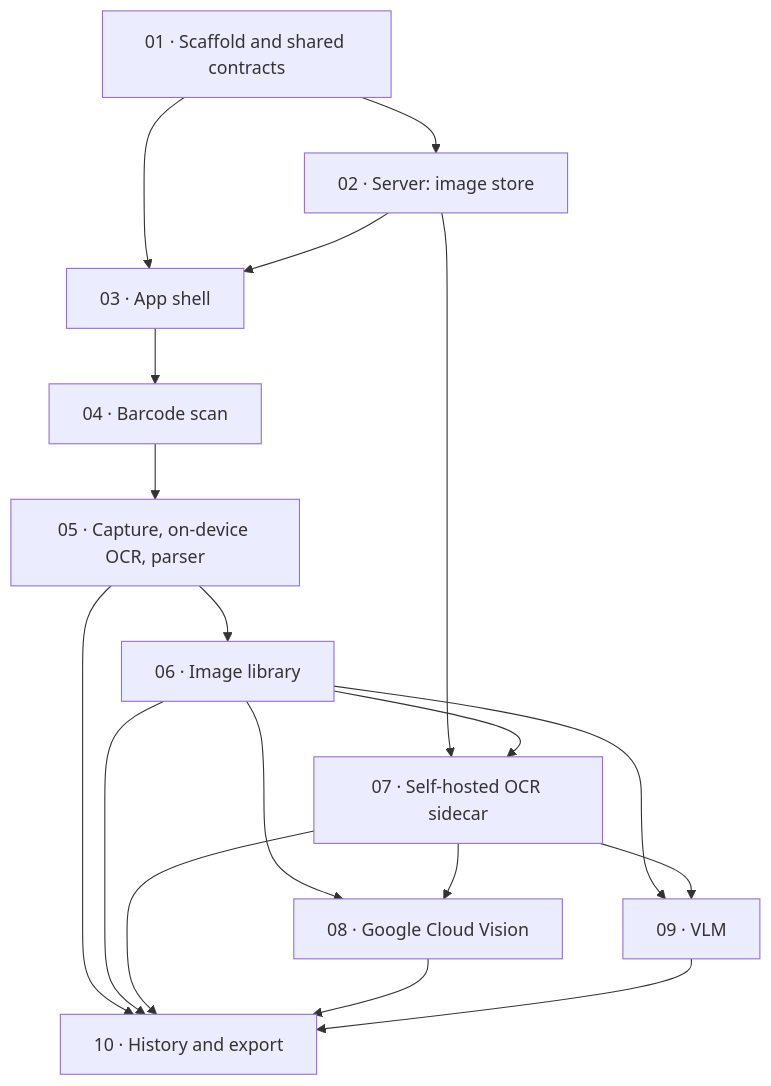
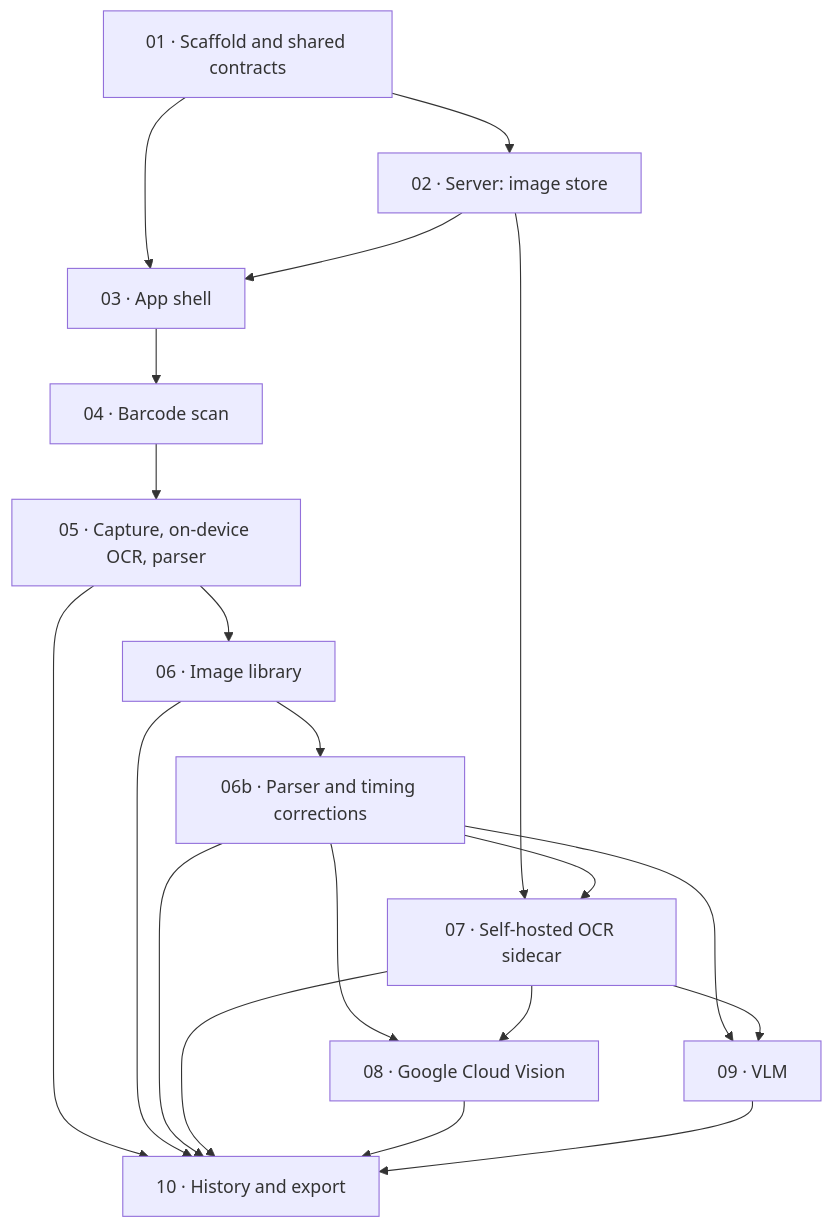
One commit to yordanalexandrov/scanner-demo changed the diagram in docs/phases/README.md. Above: the diagram before and after it, drawn with Mermaid. The commit also changed other lines of this file and 29 other files, not shown here.

First line of the commit message:
Fix parser and method timing semantics (phase 06b) (#10)

````diff
--- a/docs/phases/README.md
+++ b/docs/phases/README.md
@@ -34,20 +34,22 @@
 ```mermaid
 graph TD
   P01[01 · Scaffold and shared contracts] --> P02[02 · Server: image store]
   P01 --> P03[03 · App shell]
   P02 --> P03
   P03 --> P04[04 · Barcode scan]
   P04 --> P05[05 · Capture, on-device OCR, parser]
   P05 --> P06[06 · Image library]
+  P06 --> P06B[06b · Parser and timing corrections]
   P02 --> P07[07 · Self-hosted OCR sidecar]
-  P06 --> P07
-  P06 --> P08[08 · Google Cloud Vision]
-  P06 --> P09[09 · VLM]
+  P06B --> P07
+  P06B --> P08[08 · Google Cloud Vision]
+  P06B --> P09[09 · VLM]
   P07 --> P08
   P07 --> P09
   P05 --> P10[10 · History and export]
   P06 --> P10
+  P06B --> P10
   P07 --> P10
   P08 --> P10
   P09 --> P10
 ```
````
